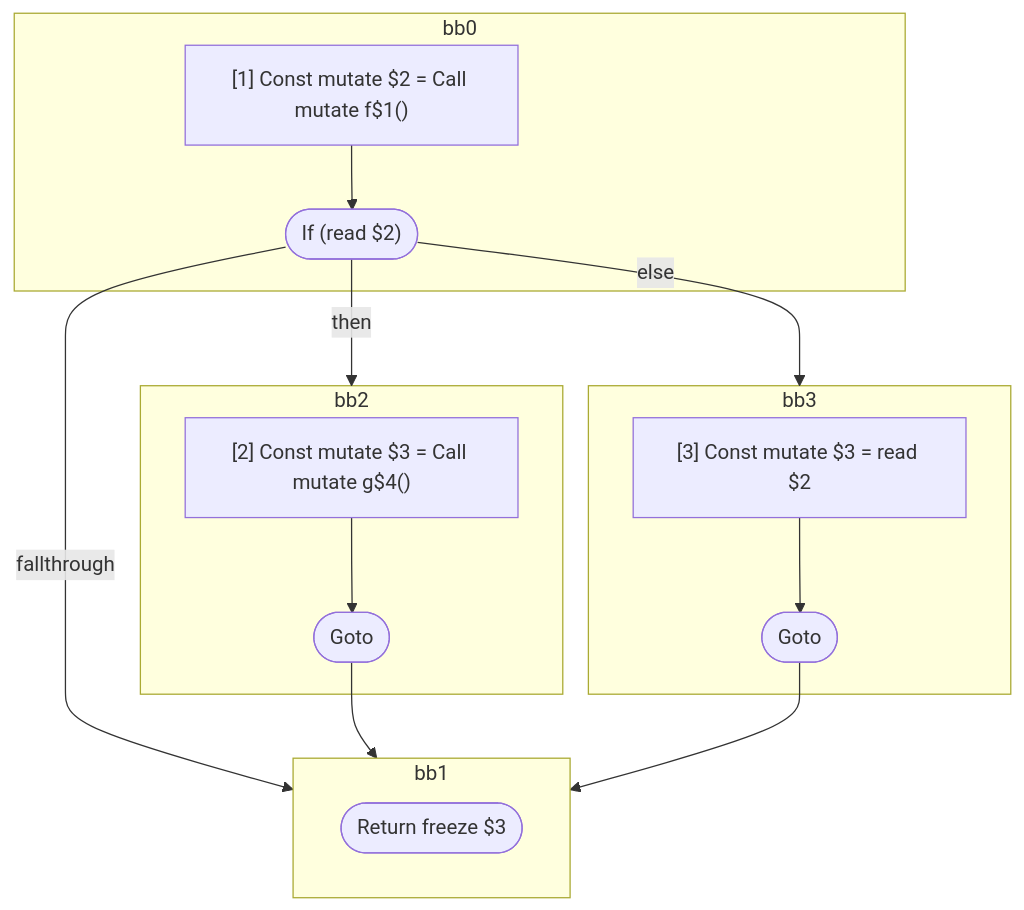
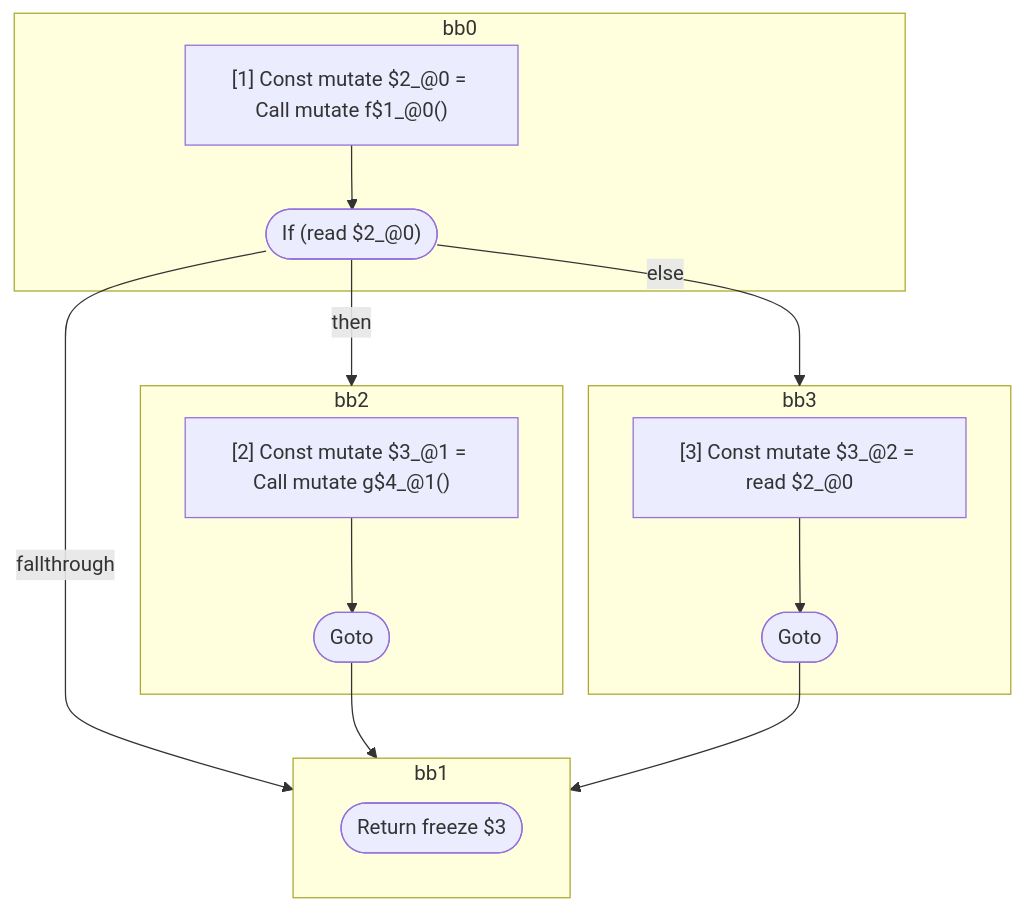
One commit to wutsmog/private changed the first of 5 diagrams in compiler/forget/src/__tests__/fixtures/hir/logical-expression.expect.md. Above: the diagram before and after it, drawn with Mermaid. The commit also changed other lines of this file and 60 other files, not shown here.

````diff
--- a/compiler/forget/src/__tests__/fixtures/hir/logical-expression.expect.md
+++ b/compiler/forget/src/__tests__/fixtures/hir/logical-expression.expect.md
@@ -43,33 +43,33 @@
 ```mermaid
 flowchart TB
   %% Basic Blocks
   subgraph bb0
     bb0_instrs["
-      [1] Const mutate $2 = Call mutate f$1()
+      [1] Const mutate $2_@0 = Call mutate f$1_@0()
     "]
-    bb0_instrs --> bb0_terminal(["If (read $2)"])
+    bb0_instrs --> bb0_terminal(["If (read $2_@0)"])
   end
   subgraph bb2
     bb2_instrs["
-      [2] Const mutate $3 = Call mutate g$4()
+      [2] Const mutate $3_@1 = Call mutate g$4_@1()
     "]
     bb2_instrs --> bb2_terminal(["Goto"])
   end
   subgraph bb3
     bb3_instrs["
-      [3] Const mutate $3 = read $2
+      [3] Const mutate $3_@2 = read $2_@0
     "]
     bb3_instrs --> bb3_terminal(["Goto"])
   end
   subgraph bb1
     bb1_terminal(["Return freeze $3"])
   end
 
   %% Jumps
   bb0_terminal -- then --> bb2
   bb0_terminal -- else --> bb3
   bb0_terminal -- fallthrough --> bb1
   bb2_terminal --> bb1
   bb3_terminal --> bb1
 
 ```
````
